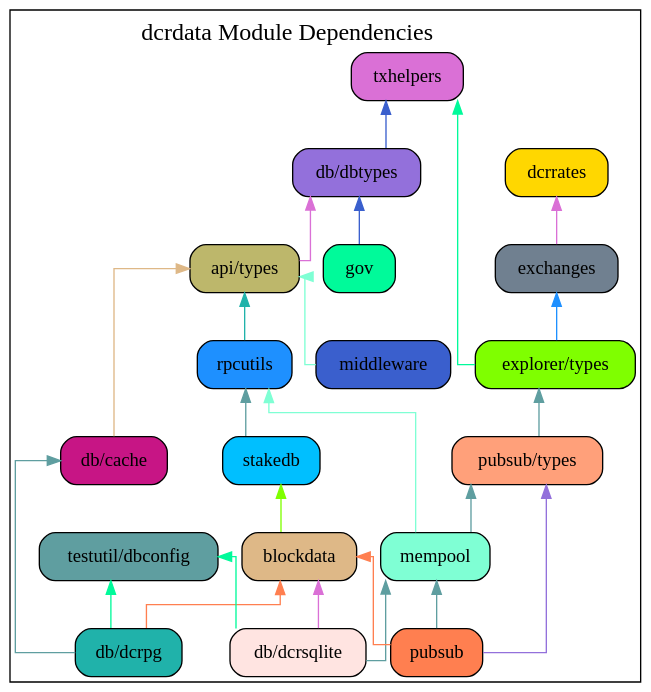
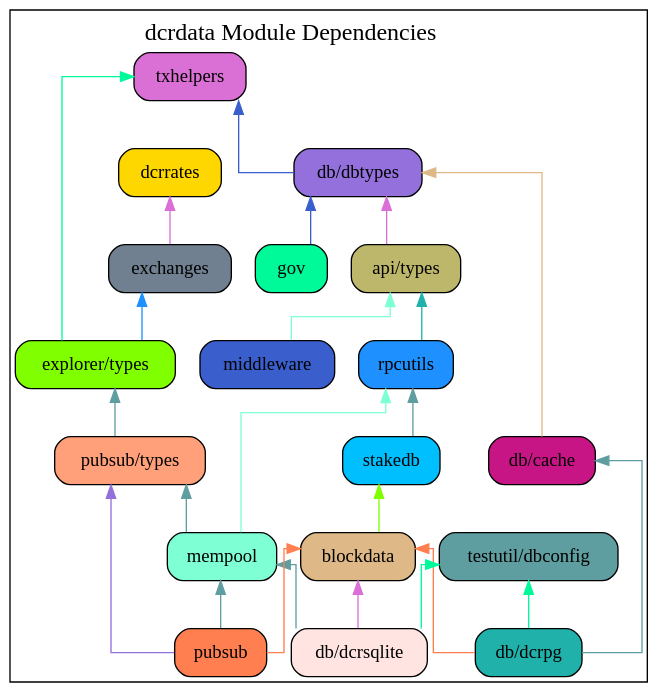
The diagram in docs/modules.gv (decred/dcrdata), drawn with Graphviz before and after one commit. The commit also changed 1 other file, not shown here.

Commit message:
db/cache required db/dbtypes not api/types

```diff
--- a/docs/modules.gv
+++ b/docs/modules.gv
@@ -1,99 +1,99 @@
 digraph {
 	graph [splines=ortho colorscheme=svg label=<dcrdata Module Dependencies> labelloc=t fontsize=18.0]
 	node [shape=box style="filled, rounded"]
 
 	apitypes [label="api/types" fillcolor=darkkhaki]
 	mempool [label="mempool" fillcolor=aquamarine]
 	pubsub [label="pubsub" fillcolor=coral]
 	pubsubtypes [label="pubsub/types" fillcolor=lightsalmon]
 	//semver [label="semver" fillcolor=cadetblue]
 	dcrsqlite [label="db/dcrsqlite" fillcolor=mistyrose]
 	dbtypes [label="db/dbtypes" fillcolor=mediumpurple]
 	dcrpg [label="db/dcrpg" fillcolor=lightseagreen]
 	dbcache [label="db/cache" fillcolor=mediumvioletred]
 	blockdata [label="blockdata" fillcolor=burlywood]
 	rpcutils [label="rpcutils" fillcolor=dodgerblue]
 	stakedb [label="stakedb" fillcolor=deepskyblue]
 	gov [label="gov" fillcolor=mediumspringgreen]
 	dcrrates [label="dcrrates" fillcolor=gold]
 	txhelpers [label="txhelpers" fillcolor=orchid]
 	exchanges [label="exchanges" fillcolor=slategray]
 	exptypes [label="explorer/types" fillcolor=chartreuse]
 	middleware  [label="middleware" fillcolor=royalblue3]
 	dbconfig [label="testutil/dbconfig" fillcolor=cadetblue]
 	//dcrdata [label="dcrdata" fillcolor=chocolate]
 
 	//{rank=min txhelpers}
 	//{rank=max dcrsqlite dcrpg pubsub}
 	//{rank=same rpcutils middleware}
 
 	apitypes -> middleware [dir=back color=aquamarine]
 	//apitypes -> dcrpg [dir=back color=coral]
 	blockdata -> dcrpg [dir=back color=coral]
 	dbcache -> dcrpg [dir=back color=cadetblue]
 	//dbtypes -> dcrpg [dir=back color=aquamarine]
 	//rpcutils -> dcrpg [dir=back color=cadetblue]
 	//semver -> dcrpg [dir=back color=mediumpurple]
 	//stakedb -> dcrpg [dir=back color=lightseagreen]
 	//txhelpers -> dcrpg [dir=back color=mediumvioletred]
 	dbconfig -> dcrpg [dir=back color=mediumspringgreen]
-	apitypes -> dbcache [dir=back color=burlywood]
-	//dbtypes -> dbcache [dir=back color=burlywood]
+	//apitypes -> dbcache [dir=back color=burlywood]
+	dbtypes -> dbcache [dir=back color=burlywood]
 	exchanges -> exptypes [dir=back color=dodgerblue]
 	txhelpers -> exptypes [dir=back color=mediumspringgreen]
 	//apitypes -> blockdata [dir=back color=bisque]
 	//dbtypes -> blockdata [dir=back color=gold]
 	stakedb -> blockdata [dir=back color=chartreuse]
 	//txhelpers -> blockdata [dir=back color=royalblue3]
 	dcrrates -> exchanges [dir=back color=orchid]
 	dbtypes -> apitypes [dir=back color=orchid]
 	//txhelpers -> apitypes [dir=back color=aquamarine]
 	//apitypes -> stakedb [dir=back color=coral]
 	rpcutils -> stakedb [dir=back color=cadetblue]
 	//txhelpers -> stakedb [dir=back color=aquamarine]
 	txhelpers -> dbtypes [dir=back color=royalblue3]
 	//apitypes -> dcrsqlite [dir=back color=orchid]
 	blockdata -> dcrsqlite [dir=back color=orchid]
 	//dbtypes -> dcrsqlite [dir=back color=indianred]
 	//exptypes -> dcrsqlite [dir=back color=coral]
 	mempool -> dcrsqlite [dir=back color=cadetblue]
 	//rpcutils -> dcrsqlite [dir=back color=aquamarine]
 	//stakedb -> dcrsqlite [dir=back color=cadetblue]
 	//txhelpers -> dcrsqlite [dir=back color=dodgerblue]
 	dbconfig -> dcrsqlite [dir=back color=mediumspringgreen]
 	//semver -> txhelpers [dir=back color=slategray]
 	//apitypes -> mempool [dir=back color=orchid]
 	//dbtypes -> mempool [dir=back color=orchid]
 	//exptypes -> mempool [dir=back color=coral]
 	pubsubtypes -> mempool [dir=back color=cadetblue]
 	rpcutils -> mempool [dir=back color=aquamarine]
 	//txhelpers -> mempool [dir=back color=cadetblue]
 	apitypes ->  rpcutils [dir=back color=lightseagreen]
 	//semver -> rpcutils [dir=back color=burlywood]
 	//txhelpers -> rpcutils [dir=back color=burlywood]
 	dbtypes -> gov [dir=back color=royalblue3]
 	exptypes -> pubsubtypes [dir=back color=cadetblue]
 	blockdata -> pubsub [dir=back color=coral]
 	//dbtypes -> pubsub [dir=back color=cadetblue]
 	//exptypes -> pubsub [dir=back color=aquamarine]
 	mempool -> pubsub [dir=back color=cadetblue]
 	pubsubtypes -> pubsub [dir=back color=mediumpurple]
 	//txhelpers ->  pubsub [dir=back color=lightseagreen]
 
 	// apitypes -> dcrdata [dir=back color=darkolivegreen2]
 	// blockdata -> dcrdata [dir=back color=slategray]
 	// dbtypes -> dcrdata [dir=back color=darkkhaki]
 	// dcrpg -> dcrdata [dir=back color=lightsalmon]
 	// dcrsqlite -> dcrdata [dir=back color=deepskyblue]
 	// exchanges -> dcrdata [dir=back color=mistyrose]
 	// exptypes -> dcrdata [dir=back color=mediumseagreen]
 	// gov -> dcrdata [dir=back color=khaki]
 	// mempool -> dcrdata [dir=back color=deepskyblue]
 	// middleware -> dcrdata [dir=back color=mistyrose]
 	// pubsub -> dcrdata [dir=back color=mediumseagreen]
 	// pubsubtypes -> dcrdata [dir=back color=khaki]
 	// rpcutils -> dcrdata [dir=back color=deepskyblue]
 	// //semver -> dcrdata [dir=back color=mistyrose]
 	// stakedb -> dcrdata [dir=back color=mediumseagreen]
 	// txhelpers -> dcrdata [dir=back color=khaki]
 }
```
